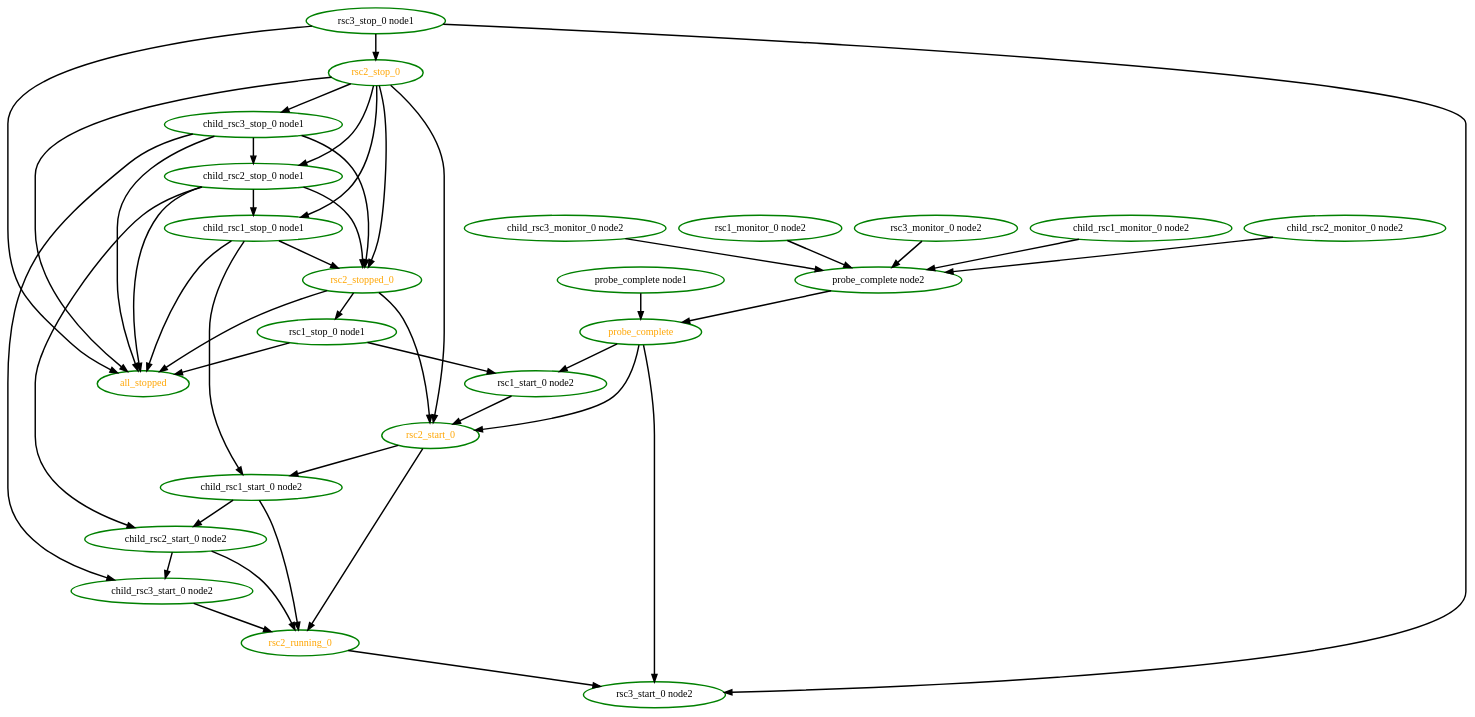
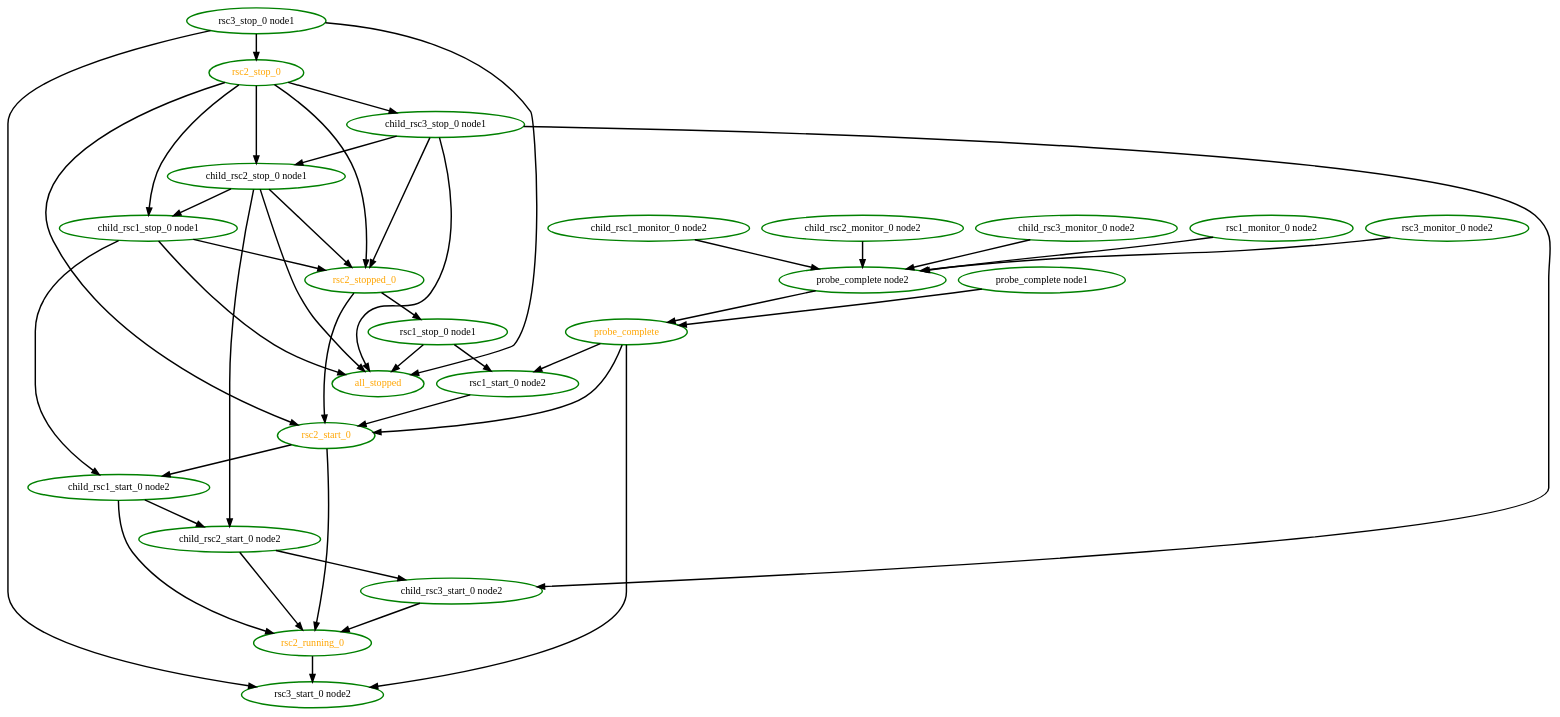
The diagram in crm/pengine/testcases/group5.dot (richiewen8/heartbeat), drawn with Graphviz before and after one commit. The commit also changed 82 other files, not shown here.

Commit message:
High: PE: all_stopped should only depend on native resources to avoid recursion

```diff
--- a/crm/pengine/testcases/group5.dot
+++ b/crm/pengine/testcases/group5.dot
@@ -1,69 +1,67 @@
  digraph "g" {
 "all_stopped" [ style=bold color="green" fontcolor="orange"  ]
 "child_rsc1_monitor_0 node2" -> "probe_complete node2" [ style = bold]
 "child_rsc1_monitor_0 node2" [ style=bold color="green" fontcolor="black" ]
 "child_rsc1_start_0 node2" -> "child_rsc2_start_0 node2" [ style = bold]
 "child_rsc1_start_0 node2" -> "rsc2_running_0" [ style = bold]
 "child_rsc1_start_0 node2" [ style=bold color="green" fontcolor="black" ]
 "child_rsc1_stop_0 node1" -> "all_stopped" [ style = bold]
 "child_rsc1_stop_0 node1" -> "child_rsc1_start_0 node2" [ style = bold]
 "child_rsc1_stop_0 node1" -> "rsc2_stopped_0" [ style = bold]
 "child_rsc1_stop_0 node1" [ style=bold color="green" fontcolor="black" ]
 "child_rsc2_monitor_0 node2" -> "probe_complete node2" [ style = bold]
 "child_rsc2_monitor_0 node2" [ style=bold color="green" fontcolor="black" ]
 "child_rsc2_start_0 node2" -> "child_rsc3_start_0 node2" [ style = bold]
 "child_rsc2_start_0 node2" -> "rsc2_running_0" [ style = bold]
 "child_rsc2_start_0 node2" [ style=bold color="green" fontcolor="black" ]
 "child_rsc2_stop_0 node1" -> "all_stopped" [ style = bold]
 "child_rsc2_stop_0 node1" -> "child_rsc1_stop_0 node1" [ style = bold]
 "child_rsc2_stop_0 node1" -> "child_rsc2_start_0 node2" [ style = bold]
 "child_rsc2_stop_0 node1" -> "rsc2_stopped_0" [ style = bold]
 "child_rsc2_stop_0 node1" [ style=bold color="green" fontcolor="black" ]
 "child_rsc3_monitor_0 node2" -> "probe_complete node2" [ style = bold]
 "child_rsc3_monitor_0 node2" [ style=bold color="green" fontcolor="black" ]
 "child_rsc3_start_0 node2" -> "rsc2_running_0" [ style = bold]
 "child_rsc3_start_0 node2" [ style=bold color="green" fontcolor="black" ]
 "child_rsc3_stop_0 node1" -> "all_stopped" [ style = bold]
 "child_rsc3_stop_0 node1" -> "child_rsc2_stop_0 node1" [ style = bold]
 "child_rsc3_stop_0 node1" -> "child_rsc3_start_0 node2" [ style = bold]
 "child_rsc3_stop_0 node1" -> "rsc2_stopped_0" [ style = bold]
 "child_rsc3_stop_0 node1" [ style=bold color="green" fontcolor="black" ]
 "probe_complete node1" -> "probe_complete" [ style = bold]
 "probe_complete node1" [ style=bold color="green" fontcolor="black" ]
 "probe_complete node2" -> "probe_complete" [ style = bold]
 "probe_complete node2" [ style=bold color="green" fontcolor="black" ]
 "probe_complete" -> "rsc1_start_0 node2" [ style = bold]
 "probe_complete" -> "rsc2_start_0" [ style = bold]
 "probe_complete" -> "rsc3_start_0 node2" [ style = bold]
 "probe_complete" [ style=bold color="green" fontcolor="orange" ]
 "rsc1_monitor_0 node2" -> "probe_complete node2" [ style = bold]
 "rsc1_monitor_0 node2" [ style=bold color="green" fontcolor="black" ]
 "rsc1_start_0 node2" -> "rsc2_start_0" [ style = bold]
 "rsc1_start_0 node2" [ style=bold color="green" fontcolor="black" ]
 "rsc1_stop_0 node1" -> "all_stopped" [ style = bold]
 "rsc1_stop_0 node1" -> "rsc1_start_0 node2" [ style = bold]
 "rsc1_stop_0 node1" [ style=bold color="green" fontcolor="black" ]
 "rsc2_running_0" -> "rsc3_start_0 node2" [ style = bold]
 "rsc2_running_0" [ style=bold color="green" fontcolor="orange" ]
 "rsc2_start_0" -> "child_rsc1_start_0 node2" [ style = bold]
 "rsc2_start_0" -> "rsc2_running_0" [ style = bold]
 "rsc2_start_0" [ style=bold color="green" fontcolor="orange" ]
-"rsc2_stop_0" -> "all_stopped" [ style = bold]
 "rsc2_stop_0" -> "child_rsc1_stop_0 node1" [ style = bold]
 "rsc2_stop_0" -> "child_rsc2_stop_0 node1" [ style = bold]
 "rsc2_stop_0" -> "child_rsc3_stop_0 node1" [ style = bold]
 "rsc2_stop_0" -> "rsc2_start_0" [ style = bold]
 "rsc2_stop_0" -> "rsc2_stopped_0" [ style = bold]
 "rsc2_stop_0" [ style=bold color="green" fontcolor="orange" ]
-"rsc2_stopped_0" -> "all_stopped" [ style = bold]
 "rsc2_stopped_0" -> "rsc1_stop_0 node1" [ style = bold]
 "rsc2_stopped_0" -> "rsc2_start_0" [ style = bold]
 "rsc2_stopped_0" [ style=bold color="green" fontcolor="orange" ]
 "rsc3_monitor_0 node2" -> "probe_complete node2" [ style = bold]
 "rsc3_monitor_0 node2" [ style=bold color="green" fontcolor="black" ]
 "rsc3_start_0 node2" [ style=bold color="green" fontcolor="black" ]
 "rsc3_stop_0 node1" -> "all_stopped" [ style = bold]
 "rsc3_stop_0 node1" -> "rsc2_stop_0" [ style = bold]
 "rsc3_stop_0 node1" -> "rsc3_start_0 node2" [ style = bold]
 "rsc3_stop_0 node1" [ style=bold color="green" fontcolor="black" ]
 }
```
